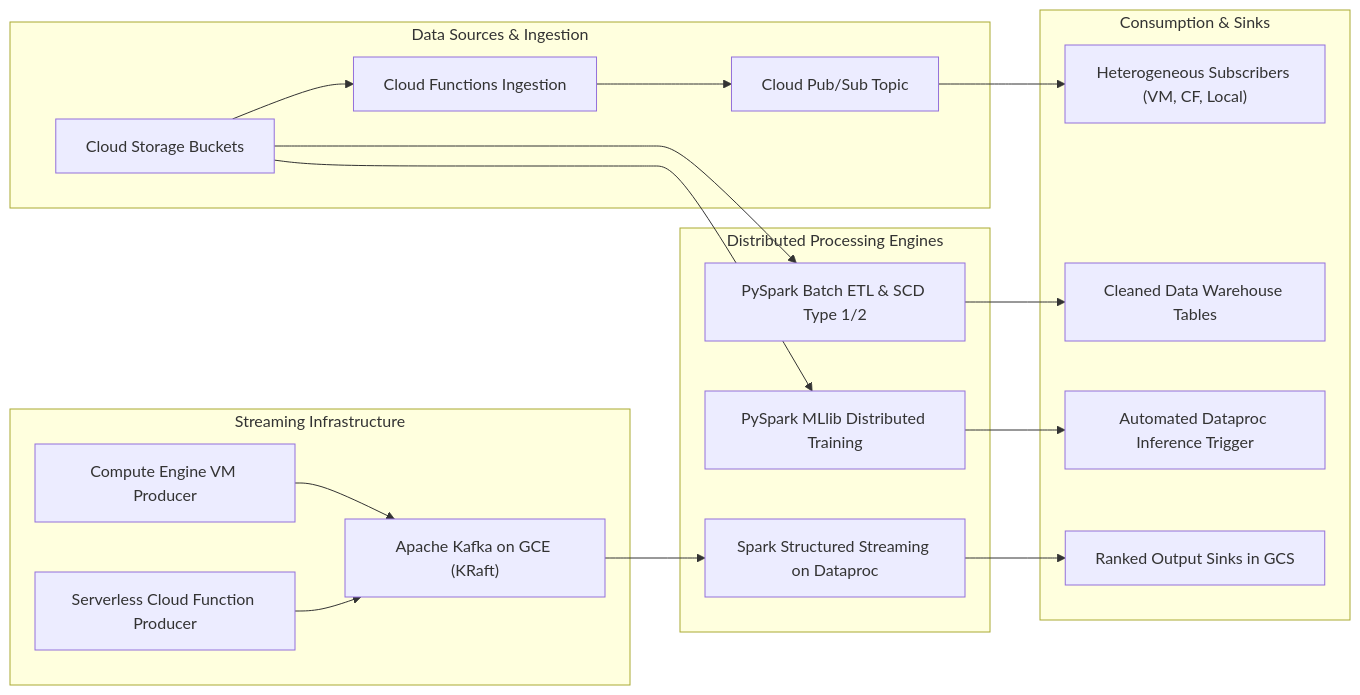
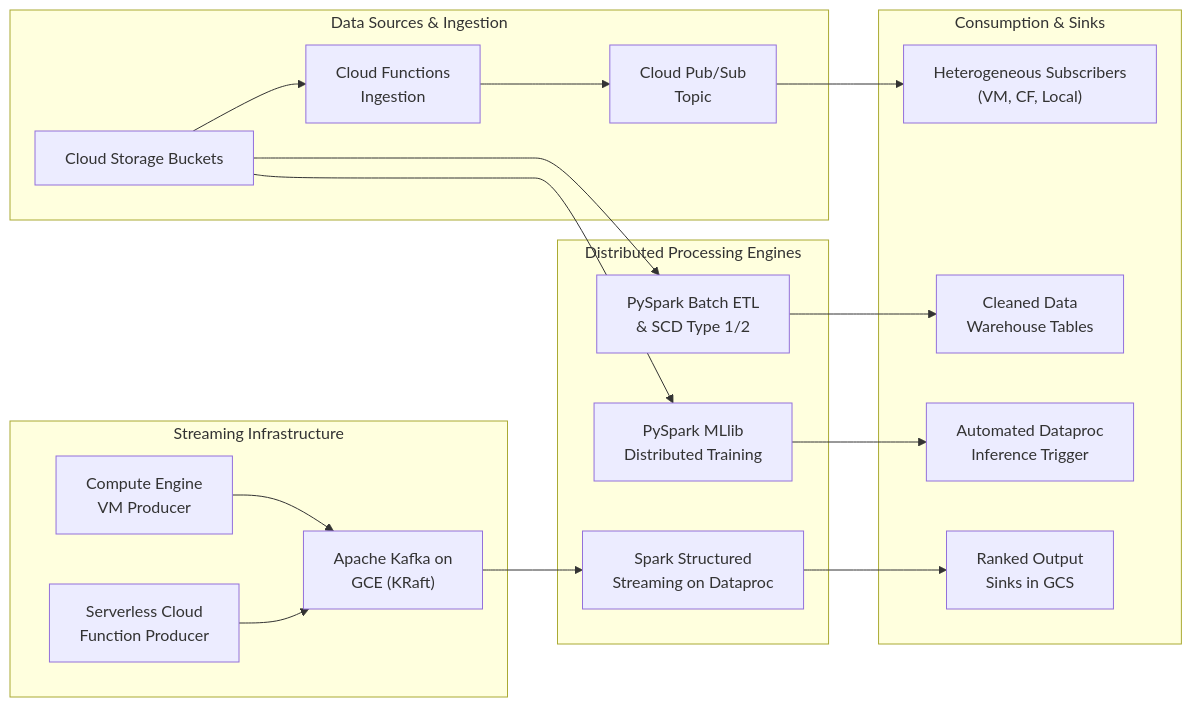
The diagram in README.md (shri-km/big-data), drawn with Mermaid before and after one commit.

````diff
--- a/README.md
+++ b/README.md
@@ -16,25 +16,25 @@
 ```mermaid
 flowchart LR
     subgraph Ingestion["Data Sources & Ingestion"]
-        A["Cloud Storage Buckets"] --> B["Cloud Functions Ingestion"]
-        B --> C["Cloud Pub/Sub Topic"]
+        A["Cloud Storage Buckets"] --> B["Cloud Functions<br/>Ingestion"]
+        B --> C["Cloud Pub/Sub<br/>Topic"]
     end
 
     subgraph Streaming["Streaming Infrastructure"]
-        D["Compute Engine VM Producer"] --> F["Apache Kafka on GCE (KRaft)"]
-        E["Serverless Cloud Function Producer"] --> F
+        D["Compute Engine<br/>VM Producer"] --> F["Apache Kafka on<br/>GCE (KRaft)"]
+        E["Serverless Cloud<br/>Function Producer"] --> F
     end
 
     subgraph Processing["Distributed Processing Engines"]
-        F --> G["Spark Structured Streaming on Dataproc"]
-        A --> H["PySpark Batch ETL & SCD Type 1/2"]
-        A --> I["PySpark MLlib Distributed Training"]
+        F --> G["Spark Structured<br/>Streaming on Dataproc"]
+        A --> H["PySpark Batch ETL<br/>& SCD Type 1/2"]
+        A --> I["PySpark MLlib<br/>Distributed Training"]
     end
 
     subgraph Sinks["Consumption & Sinks"]
-        C --> J["Heterogeneous Subscribers (VM, CF, Local)"]
-        G --> K["Ranked Output Sinks in GCS"]
-        H --> L["Cleaned Data Warehouse Tables"]
-        I --> M["Automated Dataproc Inference Trigger"]
+        C --> J["Heterogeneous Subscribers<br/>(VM, CF, Local)"]
+        G --> K["Ranked Output<br/>Sinks in GCS"]
+        H --> L["Cleaned Data<br/>Warehouse Tables"]
+        I --> M["Automated Dataproc<br/>Inference Trigger"]
     end
 ```
````
